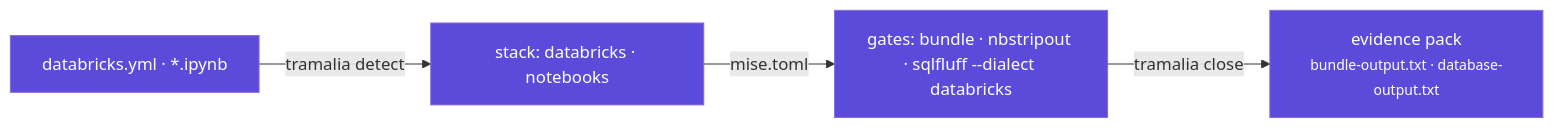
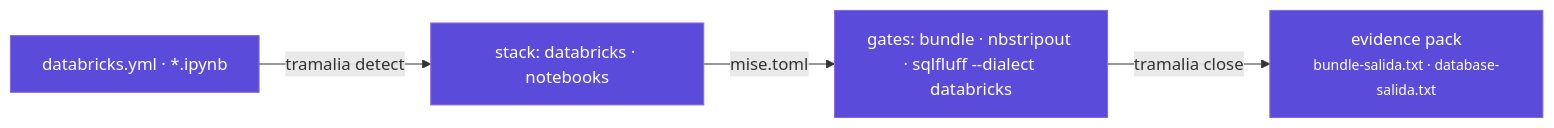
Before and after one commit to MscottB/tramalia: the diagram in docs/analitica.en.md, drawn with Mermaid. The commit also changed other lines of this file and 29 other files, not shown here.

````diff
--- a/docs/analitica.en.md
+++ b/docs/analitica.en.md
@@ -5,7 +5,7 @@
 ```mermaid
 flowchart LR
     classDef s fill:#5b4bdb,stroke:#8c68d9,color:#ffffff;
     A["databricks.yml · *.ipynb"]:::s -->|tramalia detect| B["stack: databricks · notebooks"]:::s
     B -->|mise.toml| C["gates: bundle · nbstripout · sqlfluff --dialect databricks"]:::s
-    C -->|tramalia close| D["evidence pack<br/><small>bundle-output.txt · database-output.txt</small>"]:::s
+    C -->|tramalia close| D["evidence pack<br/><small>bundle-salida.txt · database-salida.txt</small>"]:::s
 ```
````
